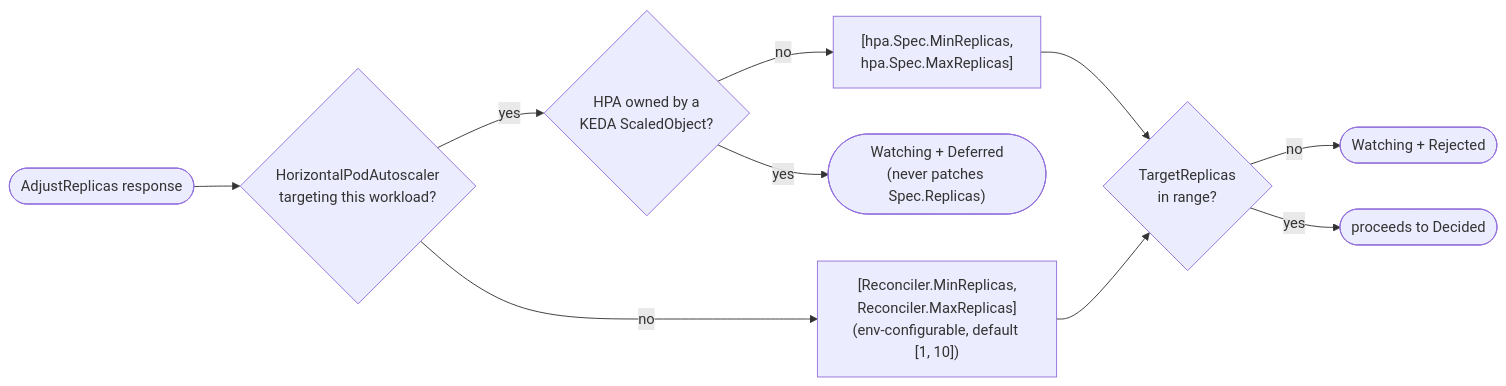
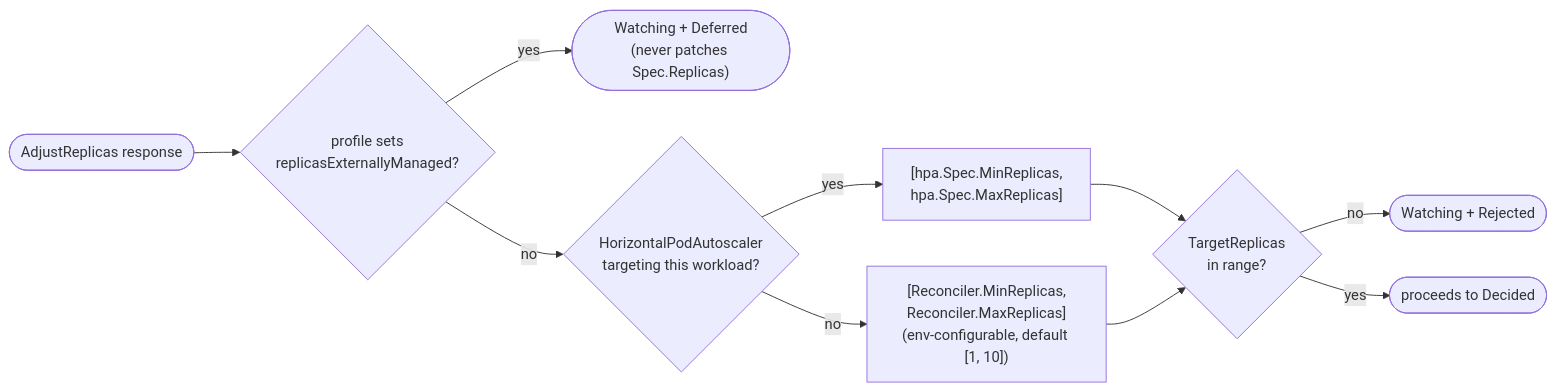
Diagram 13 of 35 in internal/rebalance/README.md (HIRO-MicroDataCenters-BV/hiro-adaptive-orchestrator), drawn with Mermaid before and after one commit. The commit also changed other lines of this file and 30 other files, not shown here.

Commit message:
Extend decision contract with node stats, rebalance facts, externally-managed flags, confidence and decidedBy

````diff
--- a/internal/rebalance/README.md
+++ b/internal/rebalance/README.md
@@ -649,12 +649,12 @@
 ```mermaid
 flowchart LR
-    Resp(["AdjustReplicas response"]) --> Q{"HorizontalPodAutoscaler<br/>targeting this workload?"}
-    Q -- yes --> Owner{"HPA owned by a<br/>KEDA ScaledObject?"}
+    Resp(["AdjustReplicas response"]) --> Ext{"profile sets<br/>replicasExternallyManaged?"}
+    Ext -- yes --> Deferred(["Watching + Deferred<br/>(never patches Spec.Replicas)"])
+    Ext -- no --> Q{"HorizontalPodAutoscaler<br/>targeting this workload?"}
     Q -- no --> Def["[Reconciler.MinReplicas,<br/>Reconciler.MaxReplicas]<br/>(env-configurable, default [1, 10])"]
-    Owner -- yes --> Deferred(["Watching + Deferred<br/>(never patches Spec.Replicas)"])
-    Owner -- no --> HPA["[hpa.Spec.MinReplicas,<br/>hpa.Spec.MaxReplicas]"]
+    Q -- yes --> HPA["[hpa.Spec.MinReplicas,<br/>hpa.Spec.MaxReplicas]"]
     HPA --> Check{"TargetReplicas<br/>in range?"}
     Def --> Check
     Check -- no --> Rej(["Watching + Rejected"])
     Check -- yes --> OK(["proceeds to Decided"])
 ```
````
